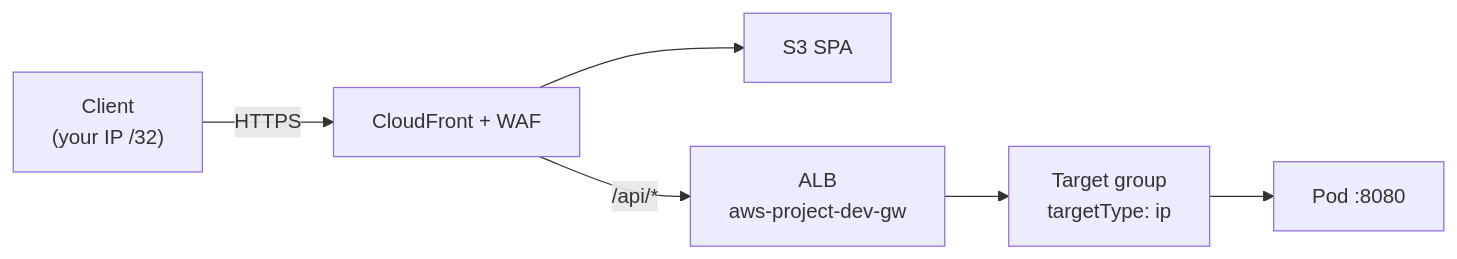
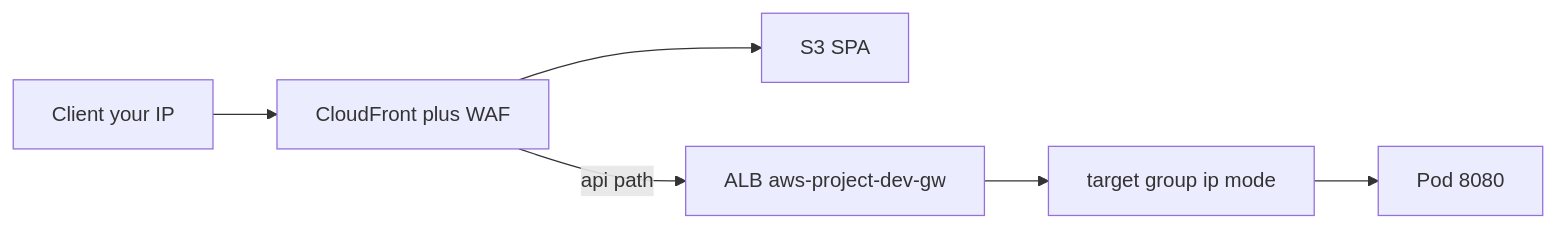
The second of 2 diagrams in docs/architecture/network-and-routing.md (evyatare92/aws-project), drawn with Mermaid before and after one commit. The commit also changed other lines of this file and 1 other file, not shown here.

````diff
--- a/docs/architecture/network-and-routing.md
+++ b/docs/architecture/network-and-routing.md
@@ -115,14 +93,8 @@
 ```mermaid
-flowchart LR
-  User["Client\n(your IP /32)"]
-  CF["CloudFront + WAF"]
-  S3["S3 SPA"]
-  ALB["ALB\naws-project-dev-gw"]
-  TG["Target group\ntargetType: ip"]
-  Pod["Pod :8080"]
-
-  User -->|"HTTPS"| CF
-  CF --> S3
-  CF -->|"/api/*"| ALB
-  ALB --> TG --> Pod
+graph LR
+  User["Client your IP"] --> CF["CloudFront plus WAF"]
+  CF --> S3["S3 SPA"]
+  CF -->|api path| ALB["ALB aws-project-dev-gw"]
+  ALB --> TG["target group ip mode"]
+  TG --> Pod["Pod 8080"]
 ```
````
